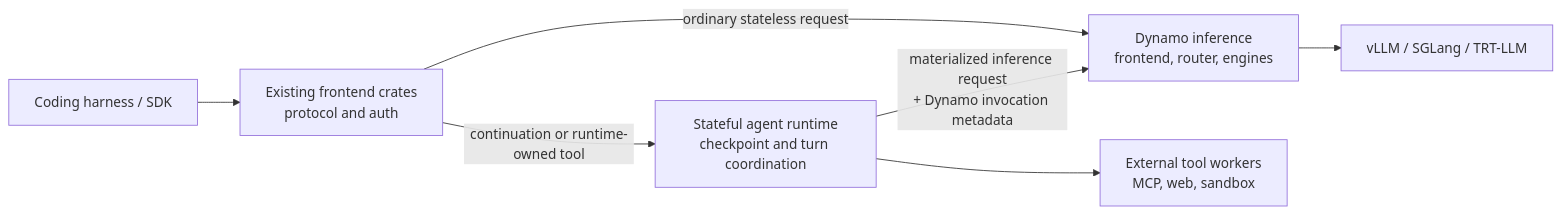
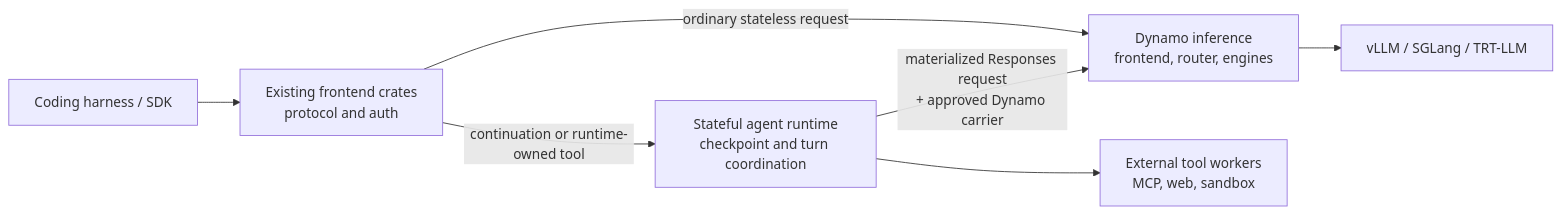
The first of 3 diagrams in docs/design/stateful-agent-runtime.md (ai-dynamo/dynamo), drawn with Mermaid before and after one commit. The commit also changed other lines of this file, not shown here.

Commit message:
docs: route stateful turns through Dynamo frontend

````diff
--- a/docs/design/stateful-agent-runtime.md
+++ b/docs/design/stateful-agent-runtime.md
@@ -64,9 +64,9 @@
 ```mermaid
 flowchart LR
   C["Coding harness / SDK"] --> F["Existing frontend crates\nprotocol and auth"]
   F -->|"ordinary stateless request"| D["Dynamo inference\nfrontend, router, engines"]
   F -->|"continuation or runtime-owned tool"| R["Stateful agent runtime\ncheckpoint and turn coordination"]
-  R -->|"materialized inference request\n+ Dynamo invocation metadata"| D
+  R -->|"materialized Responses request\n+ approved Dynamo carrier"| D
   R --> W["External tool workers\nMCP, web, sandbox"]
   D --> E["vLLM / SGLang / TRT-LLM"]
 ```
````
